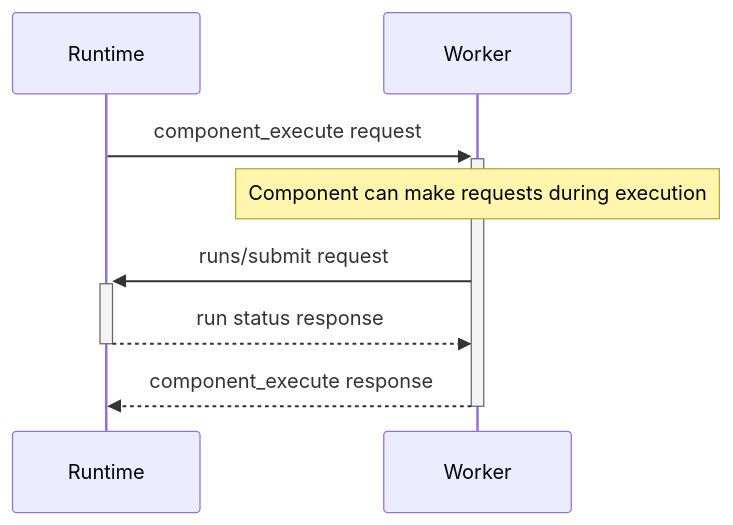
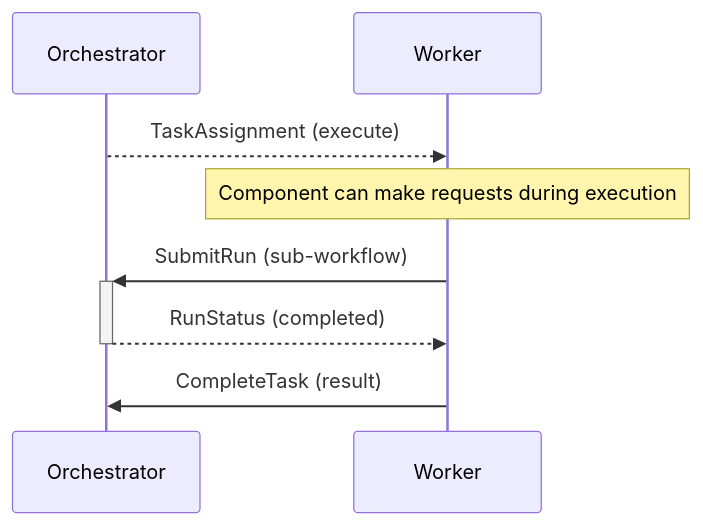
Before and after one commit to stepflow-ai/stepflow: the second of 2 diagrams in docs/docs/protocol/bidirectional.md, drawn with Mermaid. The commit also changed other lines of this file and 28 other files, not shown here.

First line of the commit message:
docs: Update documentation for gRPC-first architecture

````diff
--- a/docs/docs/protocol/bidirectional.md
+++ b/docs/docs/protocol/bidirectional.md
@@ -36,14 +37,14 @@
 ```mermaid
 sequenceDiagram
-    participant R as Runtime
-    participant S as Worker
+    participant O as Orchestrator
+    participant W as Worker
 
-    R->>+S: component_execute request
+    O-->>W: TaskAssignment (execute)
 
-    Note over S: Component can make requests during execution
+    Note over W: Component can make requests during execution
 
-    S->>+R: runs/submit request
-    R-->>-S: run status response
+    W->>+O: SubmitRun (sub-workflow)
+    O-->>-W: RunStatus (completed)
 
-    S-->>-R: component_execute response
+    W->>O: CompleteTask (result)
 ```
````
